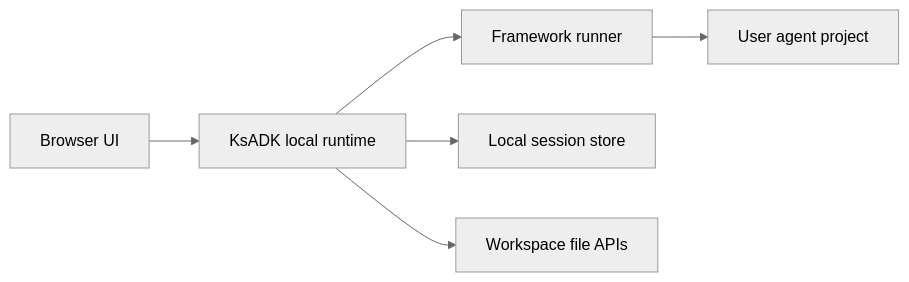
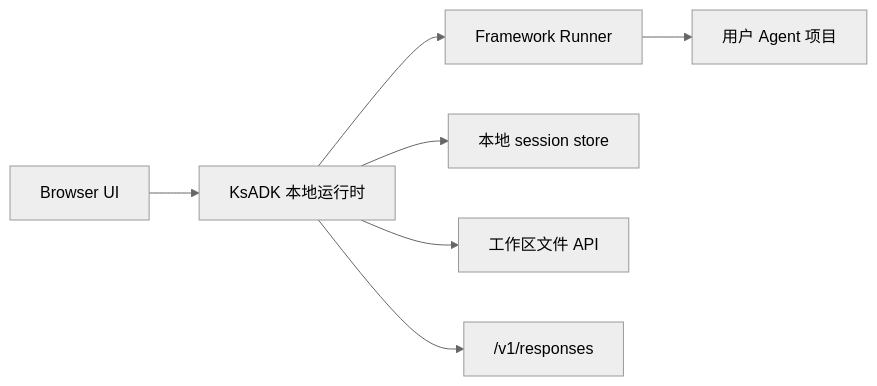
Before and after one commit to kingsoftcloud/ksadk-python: the diagram in public-docs/guides/local-web-ui.md, drawn with Mermaid (neutral theme). The commit also changed other lines of this file and 107 other files, not shown here.

````diff
--- a/public-docs/guides/local-web-ui.md
+++ b/public-docs/guides/local-web-ui.md
@@ -50,8 +48,9 @@
 ```mermaid
 flowchart LR
-  Browser["Browser UI"] --> Runtime["KsADK local runtime"]
-  Runtime --> Runner["Framework runner"]
-  Runner --> Agent["User agent project"]
-  Runtime --> Sessions["Local session store"]
-  Runtime --> Files["Workspace file APIs"]
+  Browser["Browser UI"] --> Runtime["KsADK 本地运行时"]
+  Runtime --> Runner["Framework Runner"]
+  Runner --> Agent["用户 Agent 项目"]
+  Runtime --> Sessions["本地 session store"]
+  Runtime --> Files["工作区文件 API"]
+  Runtime --> Responses["/v1/responses"]
 ```
````
